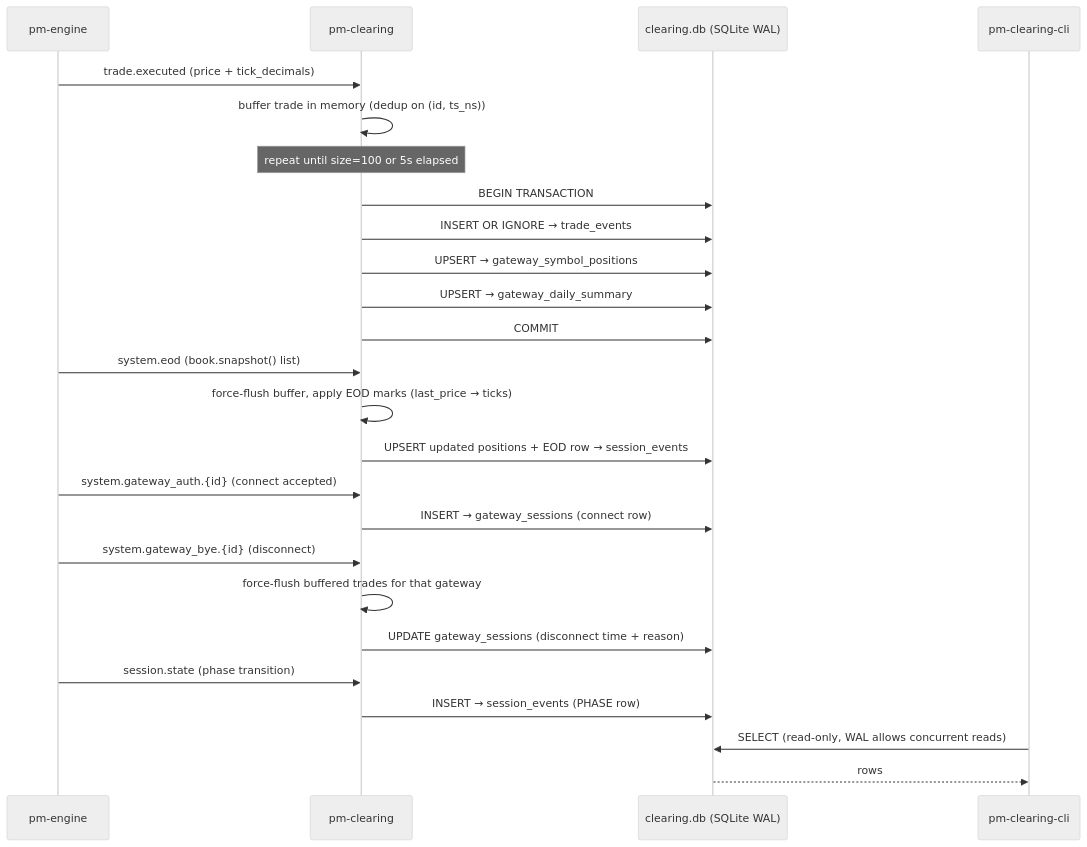
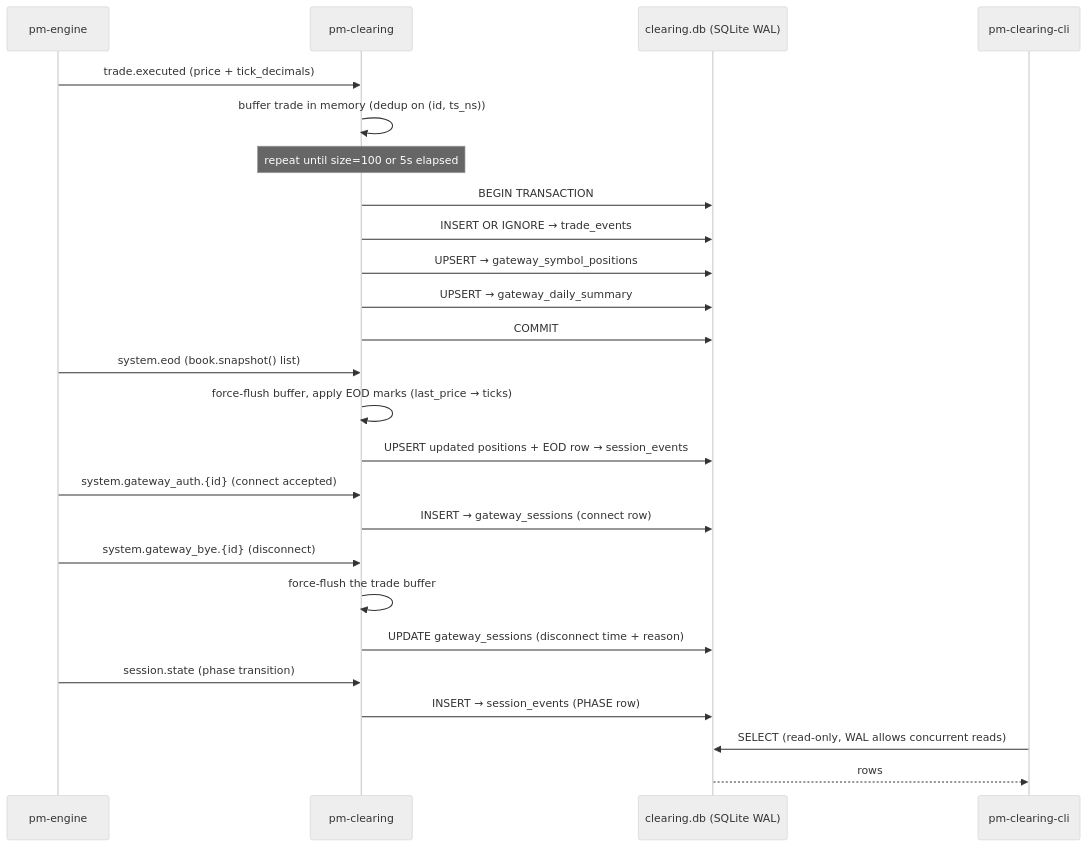
Before and after one commit to johan162/EduMatcher: the first of 2 diagrams in docs/user-guide/130-pnl-clearing.md, drawn with Mermaid (neutral theme). The commit also changed other lines of this file and 6 other files, not shown here.

````diff
--- a/docs/user-guide/130-pnl-clearing.md
+++ b/docs/user-guide/130-pnl-clearing.md
@@ -57,33 +57,33 @@
 ```mermaid
 sequenceDiagram
     participant E  as pm-engine
     participant C  as pm-clearing
     participant DB as clearing.db (SQLite WAL)
     participant Q  as pm-clearing-cli
 
     E->>C: trade.executed (price + tick_decimals)
     C->>C: buffer trade in memory (dedup on (id, ts_ns))
     note over C: repeat until size=100 or 5s elapsed
     C->>DB: BEGIN TRANSACTION
     C->>DB: INSERT OR IGNORE → trade_events
     C->>DB: UPSERT → gateway_symbol_positions
     C->>DB: UPSERT → gateway_daily_summary
     C->>DB: COMMIT
 
     E->>C: system.eod (book.snapshot() list)
     C->>C: force-flush buffer, apply EOD marks (last_price → ticks)
     C->>DB: UPSERT updated positions + EOD row → session_events
 
     E->>C: system.gateway_auth.{id} (connect accepted)
     C->>DB: INSERT → gateway_sessions (connect row)
 
     E->>C: system.gateway_bye.{id} (disconnect)
-    C->>C: force-flush buffered trades for that gateway
+    C->>C: force-flush the trade buffer
     C->>DB: UPDATE gateway_sessions (disconnect time + reason)
 
     E->>C: session.state (phase transition)
     C->>DB: INSERT → session_events (PHASE row)
 
     Q->>DB: SELECT (read-only, WAL allows concurrent reads)
     DB-->>Q: rows
 ```
````
